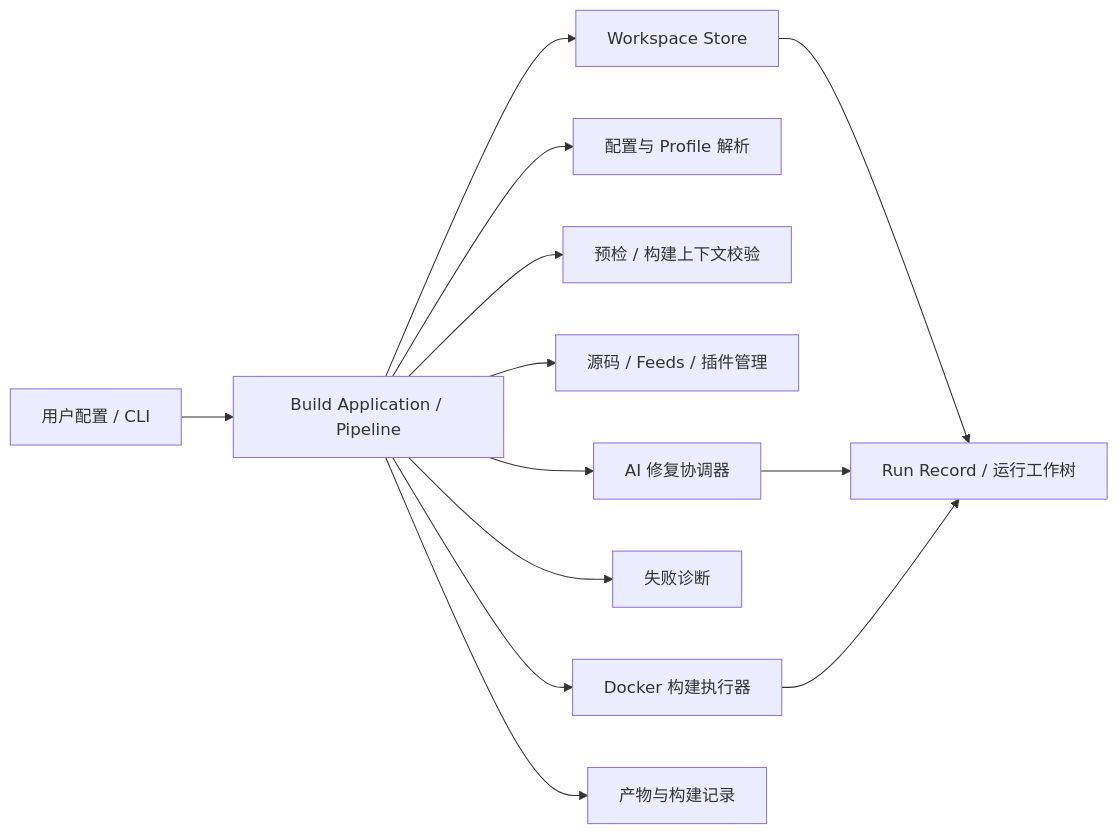
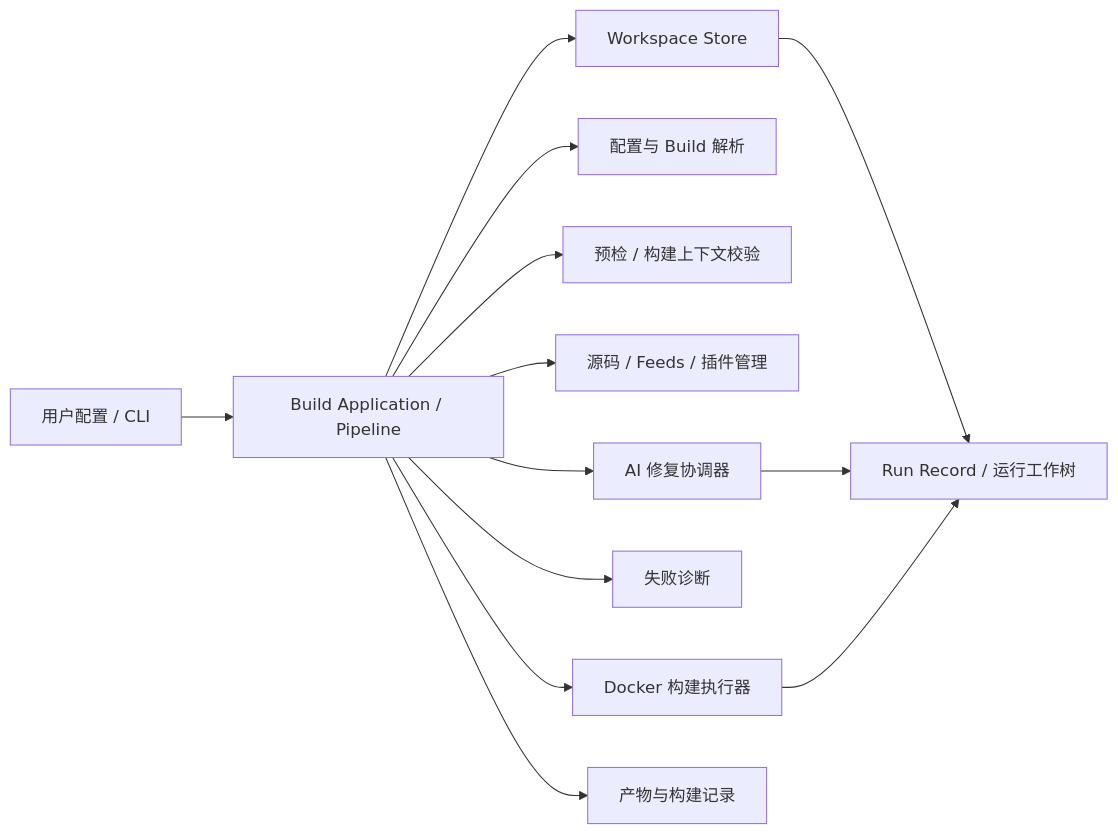
One commit to John-Robertt/Auto-OpenWrt changed the diagram in docs/02-architecture/architecture-design.md. Above: the diagram before and after it, drawn with Mermaid. The commit also changed other lines of this file and 47 other files, not shown here.

````diff
--- a/docs/02-architecture/architecture-design.md
+++ b/docs/02-architecture/architecture-design.md
@@ -26,15 +27,15 @@
 ```mermaid
 flowchart LR
   User["用户配置 / CLI"] --> App["Build Application / Pipeline"]
   App --> Workspace["Workspace Store"]
-  App --> Config["配置与 Profile 解析"]
+  App --> Config["配置与 Build 解析"]
   App --> Health["预检 / 构建上下文校验"]
   App --> Source["源码 / Feeds / 插件管理"]
   App --> Executor["Docker 构建执行器"]
   App --> Failure["失败诊断"]
   App --> AI["AI 修复协调器"]
   App --> Artifacts["产物与构建记录"]
   Workspace --> Run["Run Record / 运行工作树"]
   AI --> Run
   Executor --> Run
 ```
````
